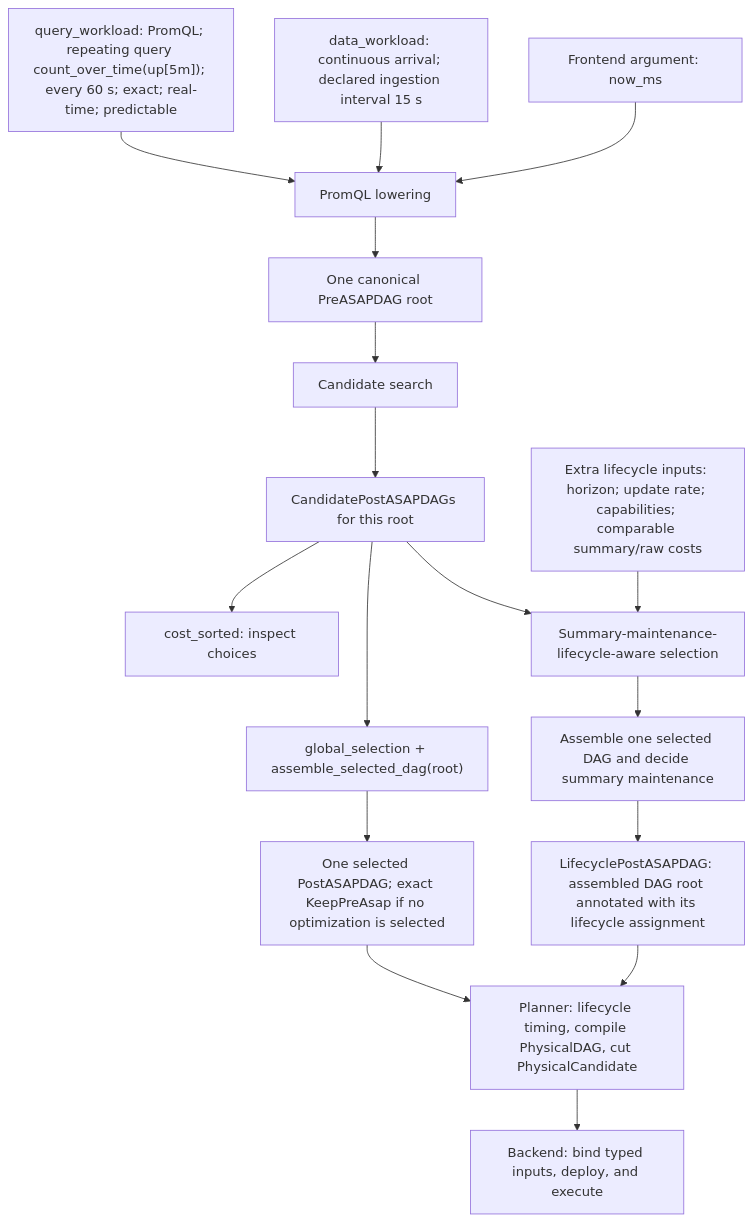
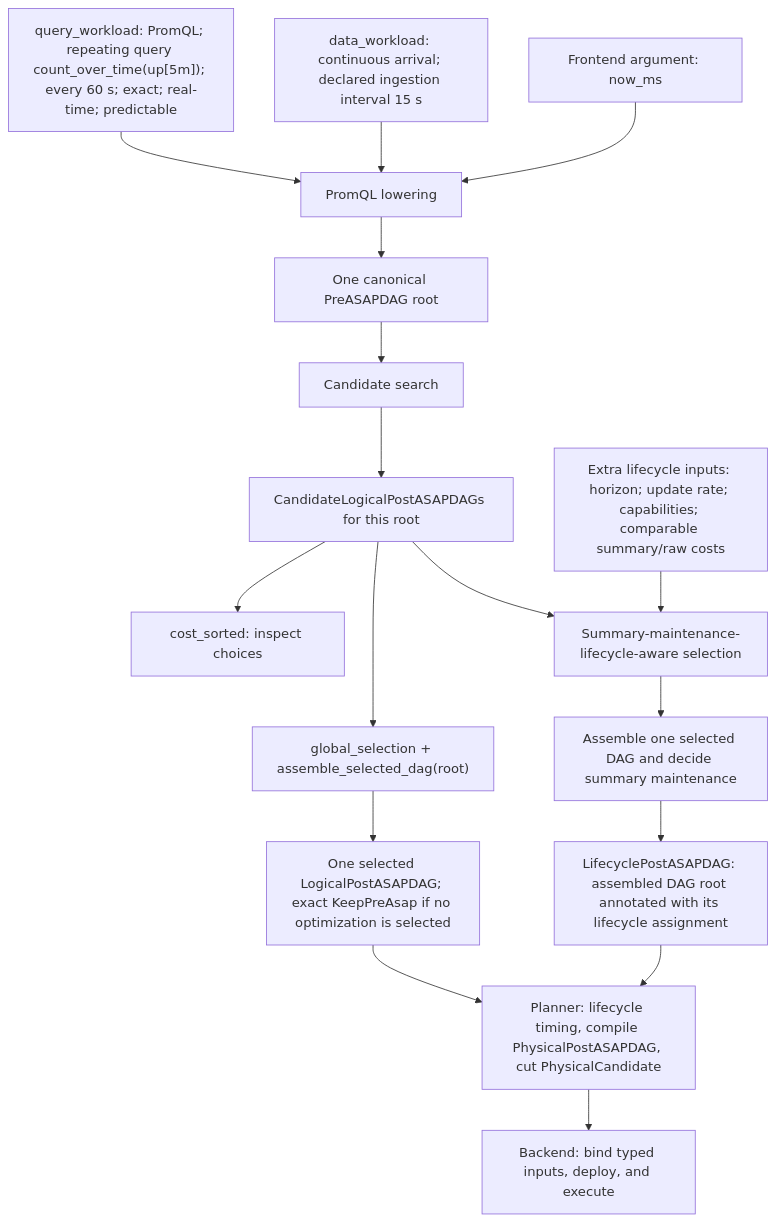
The first of 2 diagrams in docs/design_docs/architecture/input-output-workflow.md (ProjectASAP/ASAPPlanner), drawn with Mermaid before and after one commit. The commit also changed other lines of this file and 71 other files, not shown here.

````diff
--- a/docs/design_docs/architecture/input-output-workflow.md
+++ b/docs/design_docs/architecture/input-output-workflow.md
@@ -79,27 +79,27 @@
 ```mermaid
 flowchart TD
     Q["query_workload: PromQL; repeating query count_over_time(up[5m]); every 60 s; exact; real-time; predictable"]
     D["data_workload: continuous arrival; declared ingestion interval 15 s"]
     T["Frontend argument: now_ms"]
     F["PromQL lowering"]
     R["One canonical PreASAPDAG root"]
     S["Candidate search"]
-    P["CandidatePostASAPDAGs for this root"]
+    P["CandidateLogicalPostASAPDAGs for this root"]
     I["cost_sorted: inspect choices"]
     G["global_selection + assemble_selected_dag(root)"]
-    L["One selected PostASAPDAG; exact KeepPreAsap if no optimization is selected"]
+    L["One selected LogicalPostASAPDAG; exact KeepPreAsap if no optimization is selected"]
     X["Extra lifecycle inputs: horizon; update rate; capabilities; comparable summary/raw costs"]
     H["Summary-maintenance-lifecycle-aware selection"]
     HM["Assemble one selected DAG and decide summary maintenance"]
     O["LifecyclePostASAPDAG: assembled DAG root annotated with its lifecycle assignment"]
-    PC["Planner: lifecycle timing, compile PhysicalDAG, cut PhysicalCandidate"]
+    PC["Planner: lifecycle timing, compile PhysicalPostASAPDAG, cut PhysicalCandidate"]
     B["Backend: bind typed inputs, deploy, and execute"]
     Q --> F
     D --> F
     T --> F
     F --> R --> S --> P
     P --> I
     P --> G --> L --> PC --> B
     P --> H
     X --> H --> HM --> O --> PC
 ```
````
